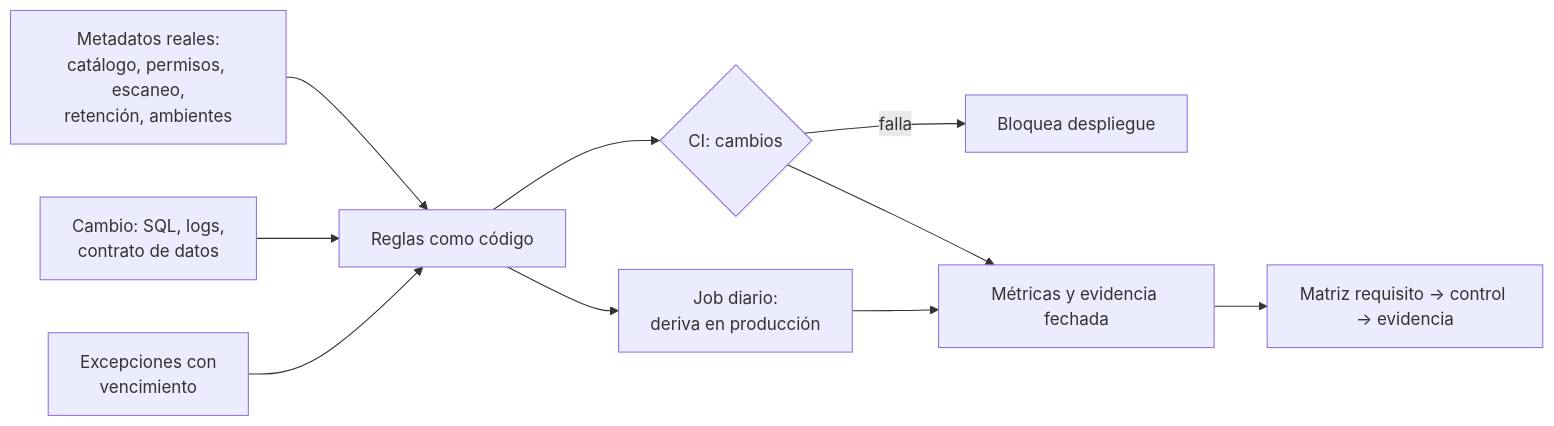
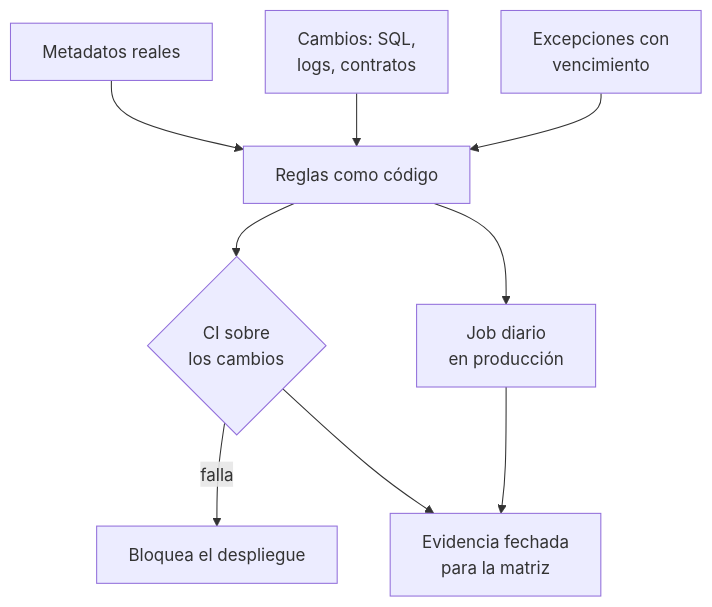
Before and after one commit to fcp4891/de-knowledge-hub: the diagram in content/concepts/privacy-controls-as-code.md, drawn with Mermaid. The commit also changed other lines of this file and 20 other files, not shown here.

First line of the commit message:
§9 con el estándar de diagramas: 21 diagramas sobre 8 nodos o 10 aristas, rehechos

````diff
--- a/content/concepts/privacy-controls-as-code.md
+++ b/content/concepts/privacy-controls-as-code.md
@@ -142,11 +142,11 @@
 ```mermaid
-flowchart LR
-  MD["Metadatos reales:<br/>catálogo, permisos, escaneo,<br/>retención, ambientes"] --> R["Reglas como código"]
-  CH["Cambio: SQL, logs,<br/>contrato de datos"] --> R
+flowchart TB
+  MD["Metadatos reales"] --> R["Reglas como código"]
+  CH["Cambios: SQL,<br/>logs, contratos"] --> R
   EX["Excepciones con<br/>vencimiento"] --> R
-  R --> CI{"CI: cambios"}
-  R --> DJ["Job diario:<br/>deriva en producción"]
-  CI -- "falla" --> B["Bloquea despliegue"]
-  CI & DJ --> M["Métricas y evidencia fechada"]
-  M --> MX["Matriz requisito → control → evidencia"]
+  R --> CI{"CI sobre<br/>los cambios"}
+  R --> DJ["Job diario<br/>en producción"]
+  CI -- "falla" --> B["Bloquea el despliegue"]
+  CI --> M["Evidencia fechada<br/>para la matriz"]
+  DJ --> M
 ```
````
